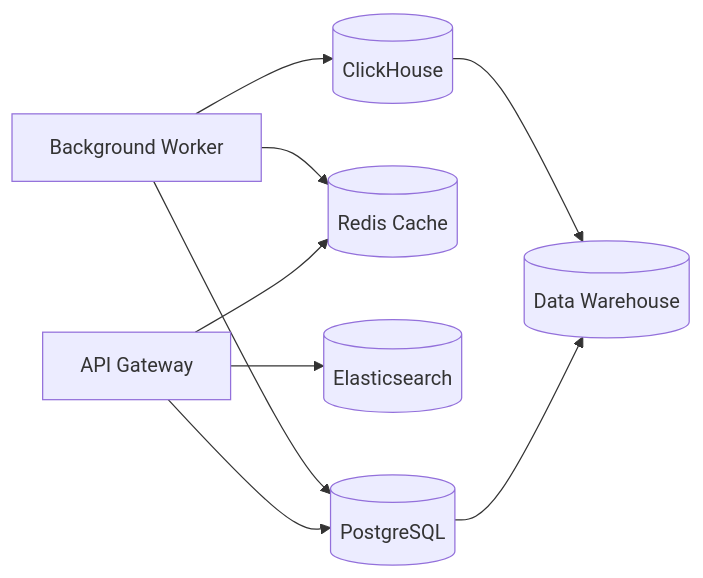
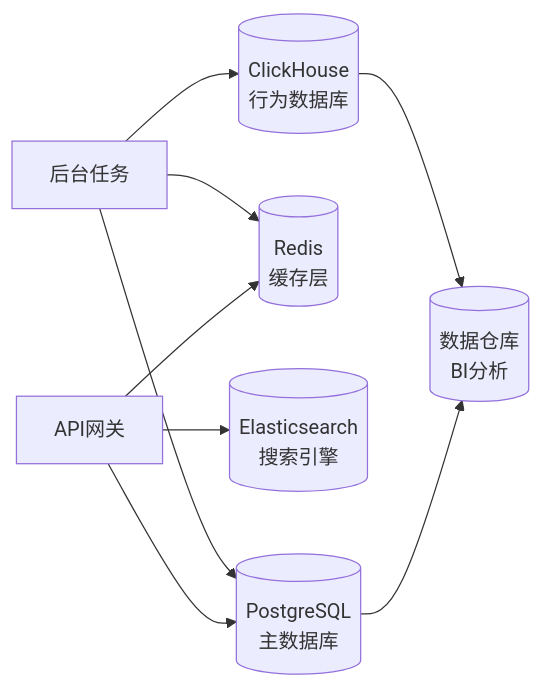
One commit to 312268112/advanced-java changed the second of 25 diagrams in docs/b2b-cdp-entity-design.md. Above: the diagram before and after it, drawn with Mermaid. The commit also changed other lines of this file, not shown here.

````diff
--- a/docs/b2b-cdp-entity-design.md
+++ b/docs/b2b-cdp-entity-design.md
@@ -62,13 +62,13 @@
 ```mermaid
 graph LR
-    API[API Gateway] --> PG[(PostgreSQL)]
-    API --> RD[(Redis Cache)]
-    API --> ES[(Elasticsearch)]
+    API[API网关] --> PG[(PostgreSQL<br/>主数据库)]
+    API --> RD[(Redis<br/>缓存层)]
+    API --> ES[(Elasticsearch<br/>搜索引擎)]
     
-    WK[Background Worker] --> PG
-    WK --> CH[(ClickHouse)]
+    WK[后台任务] --> PG
+    WK --> CH[(ClickHouse<br/>行为数据库)]
     WK --> RD
     
-    PG --> DW[(Data Warehouse)]
+    PG --> DW[(数据仓库<br/>BI分析)]
     CH --> DW
 ```
````
